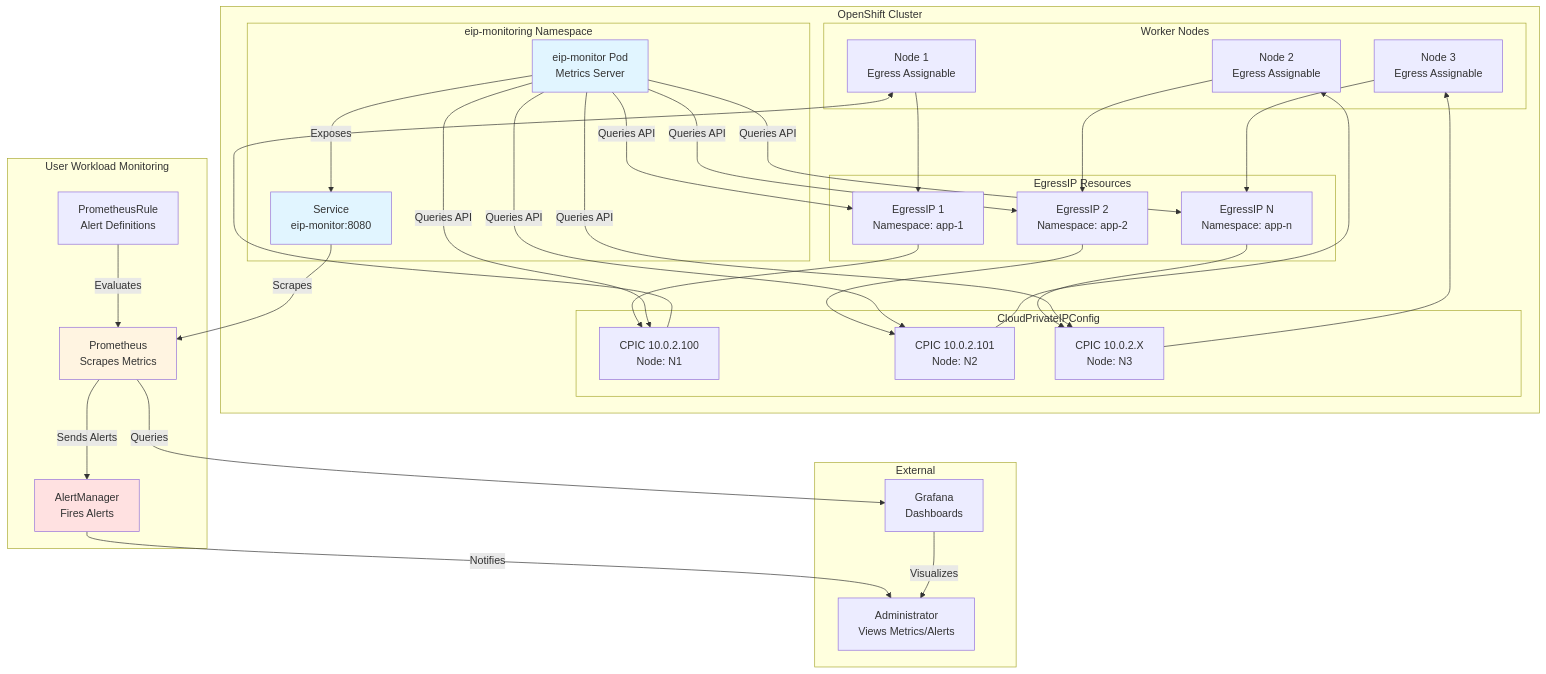
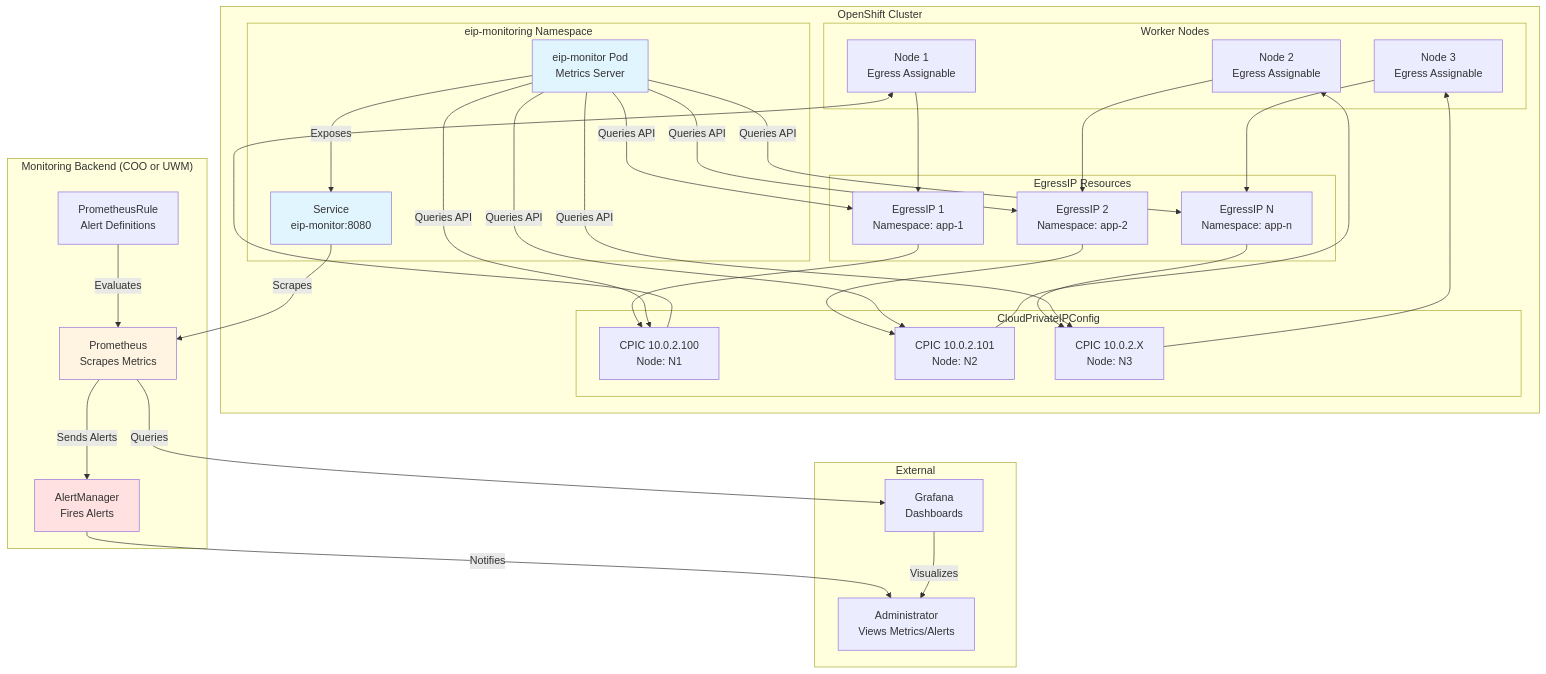
Before and after one commit to rh-john/ocp-eip-monitoring: the diagram in README.md, drawn with Mermaid. The commit also changed other lines of this file, not shown here.

First line of the commit message:
Update README to reflect COO/UWM monitoring support

````diff
--- a/README.md
+++ b/README.md
@@ -26,70 +39,70 @@
 ```mermaid
 graph TB
     subgraph "OpenShift Cluster"
         subgraph "Worker Nodes"
             N1[Node 1<br/>Egress Assignable]
             N2[Node 2<br/>Egress Assignable]
             N3[Node 3<br/>Egress Assignable]
         end
         
         subgraph "EgressIP Resources"
             EIP1[EgressIP 1<br/>Namespace: app-1]
             EIP2[EgressIP 2<br/>Namespace: app-2]
             EIPN[EgressIP N<br/>Namespace: app-n]
         end
         
         subgraph "CloudPrivateIPConfig"
             CPIC1[CPIC 10.0.2.100<br/>Node: N1]
             CPIC2[CPIC 10.0.2.101<br/>Node: N2]
             CPICN[CPIC 10.0.2.X<br/>Node: N3]
         end
         
         subgraph "eip-monitoring Namespace"
             MONITOR[eip-monitor Pod<br/>Metrics Server]
             SERVICE[Service<br/>eip-monitor:8080]
         end
     end
     
-    subgraph "User Workload Monitoring"
+    subgraph "Monitoring Backend (COO or UWM)"
         PROM[Prometheus<br/>Scrapes Metrics]
         AM[AlertManager<br/>Fires Alerts]
         RULES[PrometheusRule<br/>Alert Definitions]
     end
     
     subgraph "External"
         USER[Administrator<br/>Views Metrics/Alerts]
         GRAFANA[Grafana<br/>Dashboards]
     end
     
     N1 --> EIP1
     N2 --> EIP2
     N3 --> EIPN
     
     EIP1 --> CPIC1
     EIP2 --> CPIC2
     EIPN --> CPICN
     
     CPIC1 --> N1
     CPIC2 --> N2
     CPICN --> N3
     
     MONITOR -->|Queries API| EIP1
     MONITOR -->|Queries API| EIP2
     MONITOR -->|Queries API| EIPN
     MONITOR -->|Queries API| CPIC1
     MONITOR -->|Queries API| CPIC2
     MONITOR -->|Queries API| CPICN
     
     MONITOR -->|Exposes| SERVICE
     SERVICE -->|Scrapes| PROM
     RULES -->|Evaluates| PROM
     PROM -->|Sends Alerts| AM
     AM -->|Notifies| USER
     PROM -->|Queries| GRAFANA
     GRAFANA -->|Visualizes| USER
     
     style MONITOR fill:#e1f5ff
     style PROM fill:#fff4e1
     style AM fill:#ffe1e1
     style SERVICE fill:#e1f5ff
 ```
````
